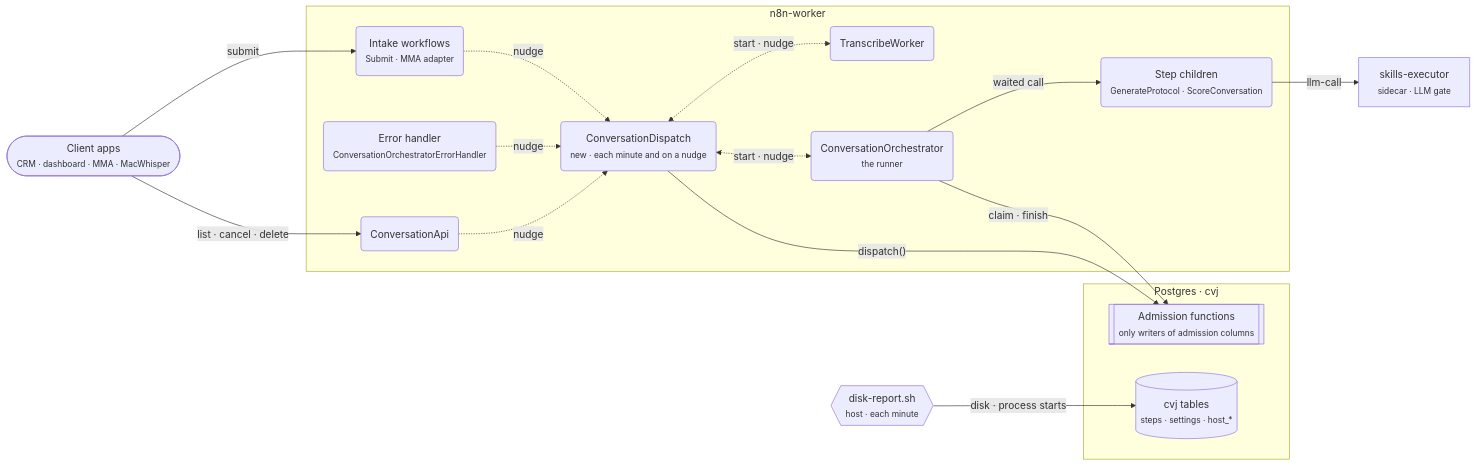
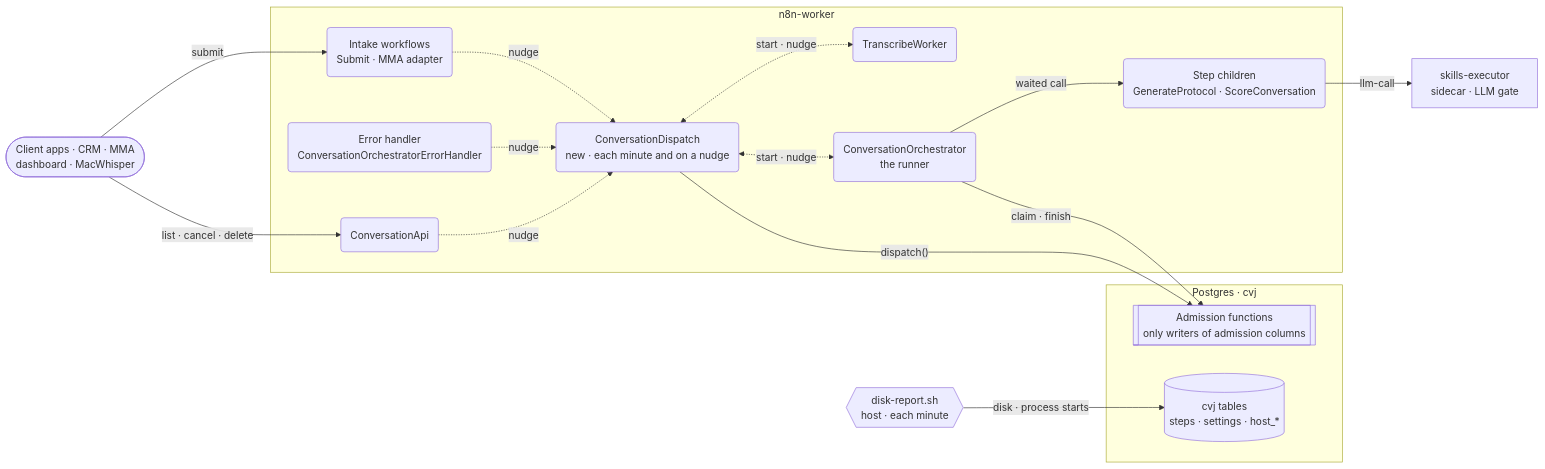
Before and after one commit to MatrixFounder/Agentic-development: the eighth of 14 diagrams in .agent/skills/mermaid-authoring-guidelines/references/paired-examples.md, drawn with Mermaid. The commit also changed other lines of this file and 41 other files, not shown here.

````diff
--- a/.agent/skills/mermaid-authoring-guidelines/references/paired-examples.md
+++ b/.agent/skills/mermaid-authoring-guidelines/references/paired-examples.md
@@ -373,33 +386,33 @@
 ```mermaid
-%%{init: {"layout": "dagre", "look": "classic", "flowchart": {"nodeSpacing": 45, "rankSpacing": 55, "wrappingWidth": 400}}}%%
+%%{init: {"layout": "dagre", "look": "classic", "flowchart": {"nodeSpacing": 45, "rankSpacing": 55, "wrappingWidth": 400}, "themeCSS": "foreignObject { overflow: visible; }"}}%%
 flowchart LR
-  CLI(["Client apps<br/><small>CRM · dashboard · MMA · MacWhisper</small>"])
+  CLI(["Client apps · CRM · MMA<br/>dashboard · MacWhisper"])
   subgraph N8N["n8n-worker"]
-    INTAKE("Intake workflows<br/><small>Submit · MMA adapter</small>")
-    EH("Error handler<br/><small>ConversationOrchestratorErrorHandler</small>")
+    INTAKE("Intake workflows<br/>Submit · MMA adapter")
+    EH("Error handler<br/>ConversationOrchestratorErrorHandler")
     API("ConversationApi")
-    DSP("ConversationDispatch<br/><small>new · each minute and on a nudge</small>")
+    DSP("ConversationDispatch<br/>new · each minute and on a nudge")
     TW("TranscribeWorker")
-    RUN("ConversationOrchestrator<br/><small>the runner</small>")
-    CH("Step children<br/><small>GenerateProtocol · ScoreConversation</small>")
+    RUN("ConversationOrchestrator<br/>the runner")
+    CH("Step children<br/>GenerateProtocol · ScoreConversation")
   end
   subgraph PG["Postgres · cvj"]
-    FN[["Admission functions<br/><small>only writers of admission columns</small>"]]
-    TBL[("cvj tables<br/><small>steps · settings · host_*</small>")]
+    FN[["Admission functions<br/>only writers of admission columns"]]
+    TBL[("cvj tables<br/>steps · settings · host_*")]
   end
-  SE["skills-executor<br/><small>sidecar · LLM gate</small>"]
-  HOST{{"disk-report.sh<br/><small>host · each minute</small>"}}
+  SE["skills-executor<br/>sidecar · LLM gate"]
+  HOST{{"disk-report.sh<br/>host · each minute"}}
   CLI -->|submit| INTAKE
   INTAKE -.->|nudge| DSP
   EH -.->|nudge| DSP
   CLI -->|"list · cancel · delete"| API
   API -.->|nudge| DSP
   DSP <-.->|"start · nudge"| TW
   DSP <-.->|"start · nudge"| RUN
   RUN -->|"waited call"| CH
   DSP -->|"dispatch()"| FN
   RUN -->|"claim · finish"| FN
   CH -->|"llm-call"| SE
   HOST -->|"disk · process starts"| TBL
   %% negative: MA-FLOW-06, legibility, title_crossings
 ```
````
